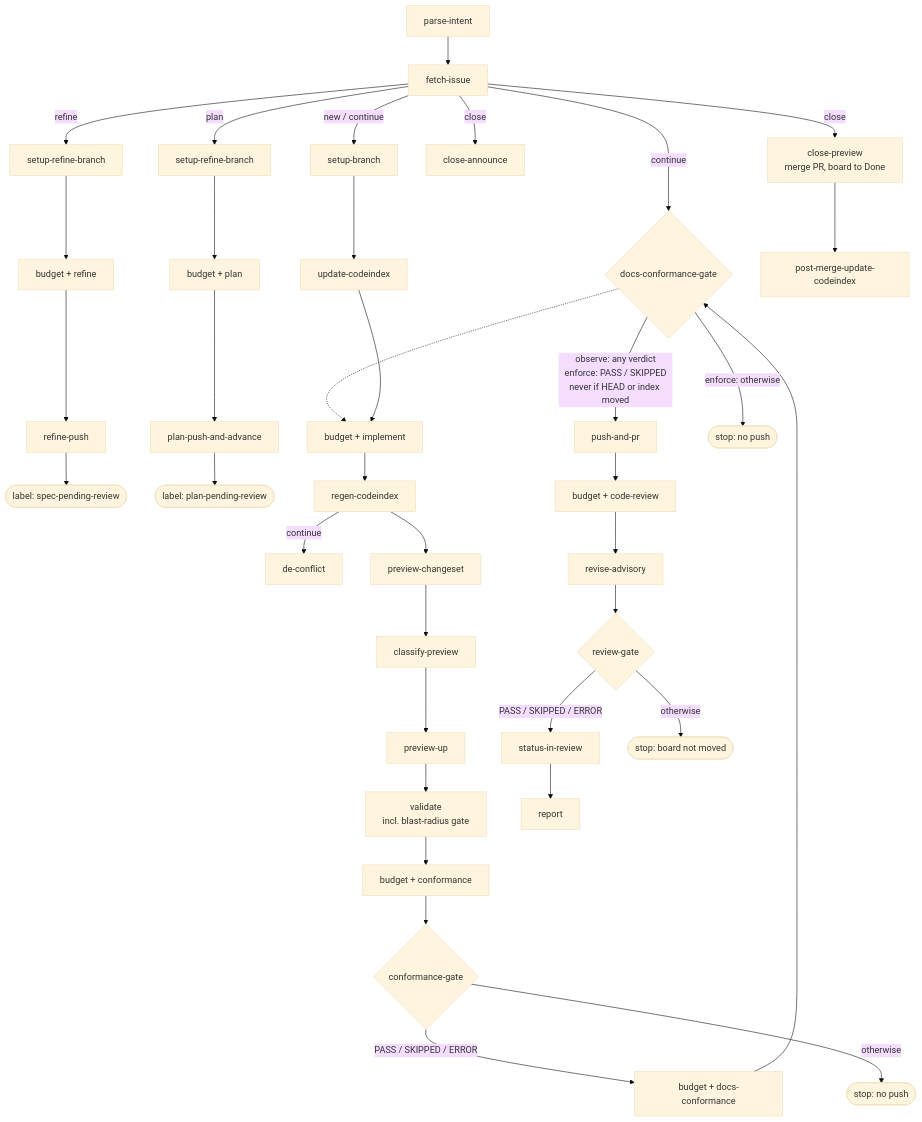
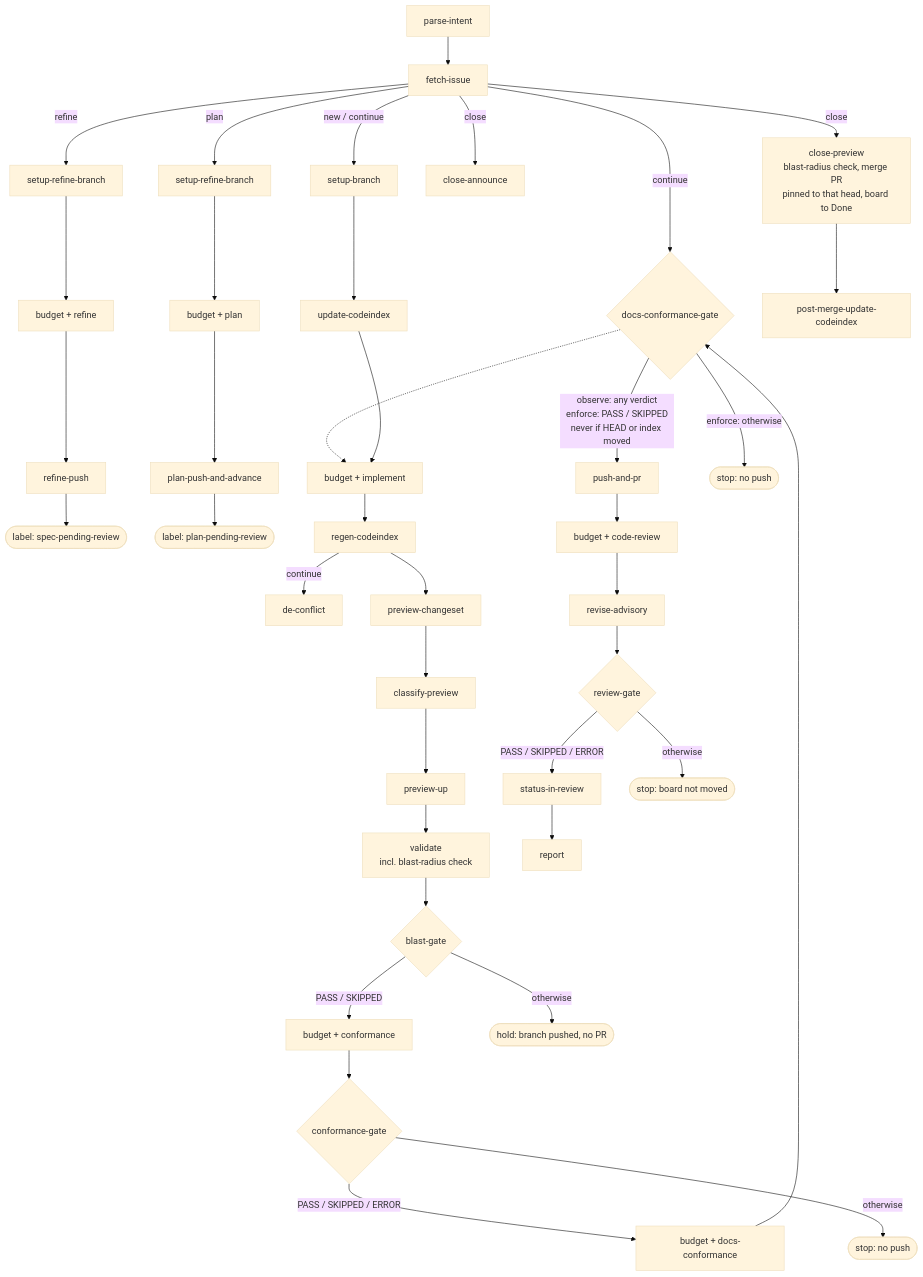
The diagram in docs/run-lifecycle.md (omniscient/dark-factory), drawn with Mermaid (base theme) before and after one commit. The commit also changed other lines of this file and 4 other files, not shown here.

Commit message:
docs(#551): blast-gate, signed approvals and the hold path, as built

````diff
--- a/docs/run-lifecycle.md
+++ b/docs/run-lifecycle.md
@@ -247,32 +247,33 @@
 ```mermaid
 flowchart TD
     PI[parse-intent] --> FI[fetch-issue]
 
     FI -->|refine| RB[setup-refine-branch]
     RB --> RF["budget + refine"] --> RP[refine-push]
     RP --> SPR(["label: spec-pending-review"])
 
     FI -->|plan| PB[setup-refine-branch]
     PB --> PL["budget + plan"] --> PP[plan-push-and-advance]
     PP --> PPR(["label: plan-pending-review"])
 
     FI -->|continue| DG["digest-comments<br/>summarize-feedback<br/>acknowledge-continue"]
     FI -->|"new / continue"| SB[setup-branch]
     DG -.-> IM
     SB --> UC[update-codeindex] --> IM["budget + implement"]
     IM --> RC[regen-codeindex]
     RC -->|continue| DC[de-conflict]
     RC --> PC[preview-changeset] --> CP[classify-preview] --> PU[preview-up]
-    PU --> VA["validate<br/>incl. blast-radius gate"]
-    VA --> CF["budget + conformance"] --> CG{conformance-gate}
+    PU --> VA["validate<br/>incl. blast-radius check"] --> BG{blast-gate}
+    BG -->|"PASS / SKIPPED"| CF["budget + conformance"] --> CG{conformance-gate}
+    BG -->|otherwise| HOLD(["hold: branch pushed, no PR"])
     CG -->|"PASS / SKIPPED / ERROR"| DF["budget + docs-conformance"] --> DG{docs-conformance-gate}
     CG -->|otherwise| STOP1(["stop: no push"])
     DG -->|"observe: any verdict<br/>enforce: PASS / SKIPPED<br/>never if HEAD or index moved"| PR[push-and-pr]
     DG -->|"enforce: otherwise"| STOP3(["stop: no push"])
     PR --> CR["budget + code-review"] --> RA[revise-advisory] --> RG{review-gate}
     RG -->|"PASS / SKIPPED / ERROR"| SR[status-in-review] --> RE[report]
     RG -->|otherwise| STOP2(["stop: board not moved"])
 
     FI -->|close| CA[close-announce]
-    FI -->|close| CL["close-preview<br/>merge PR, board to Done"] --> PM[post-merge-update-codeindex]
+    FI -->|close| CL["close-preview<br/>blast-radius check, merge PR<br/>pinned to that head, board to Done"] --> PM[post-merge-update-codeindex]
 ```
````
